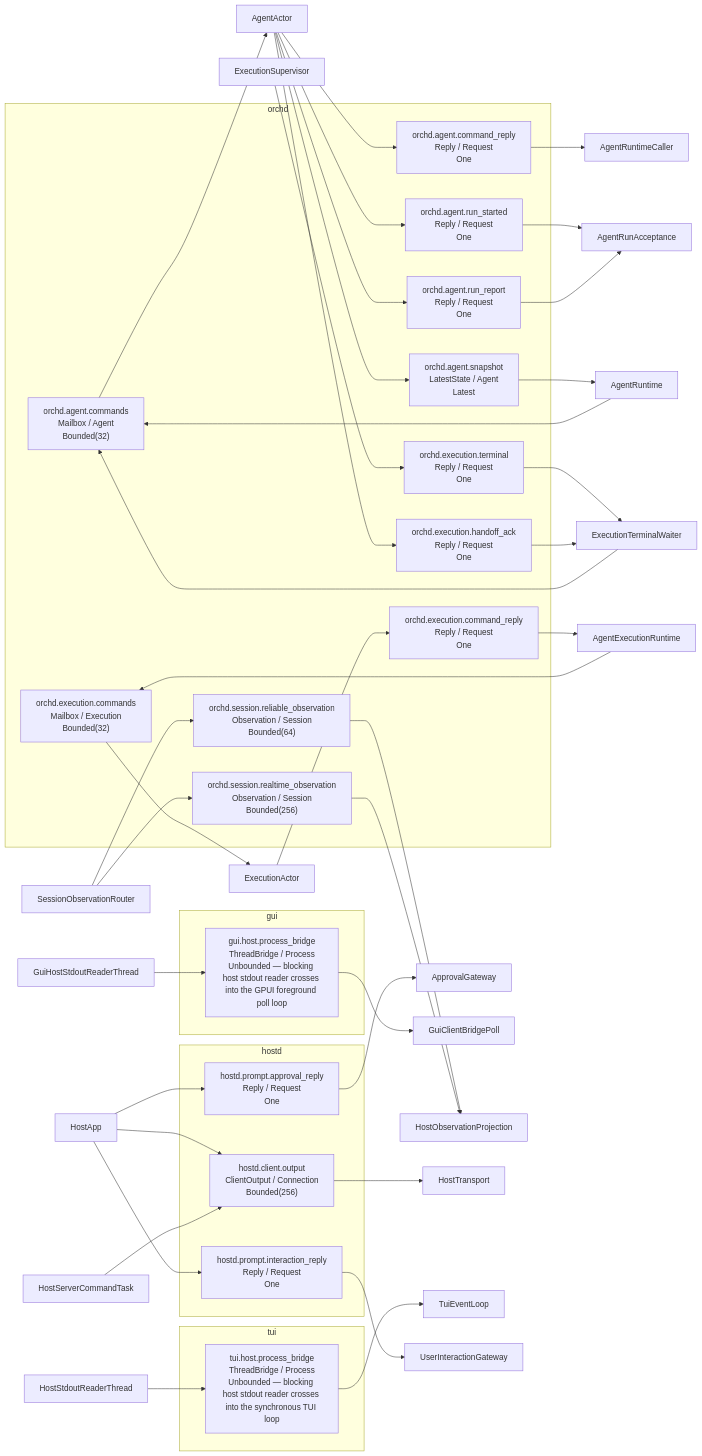
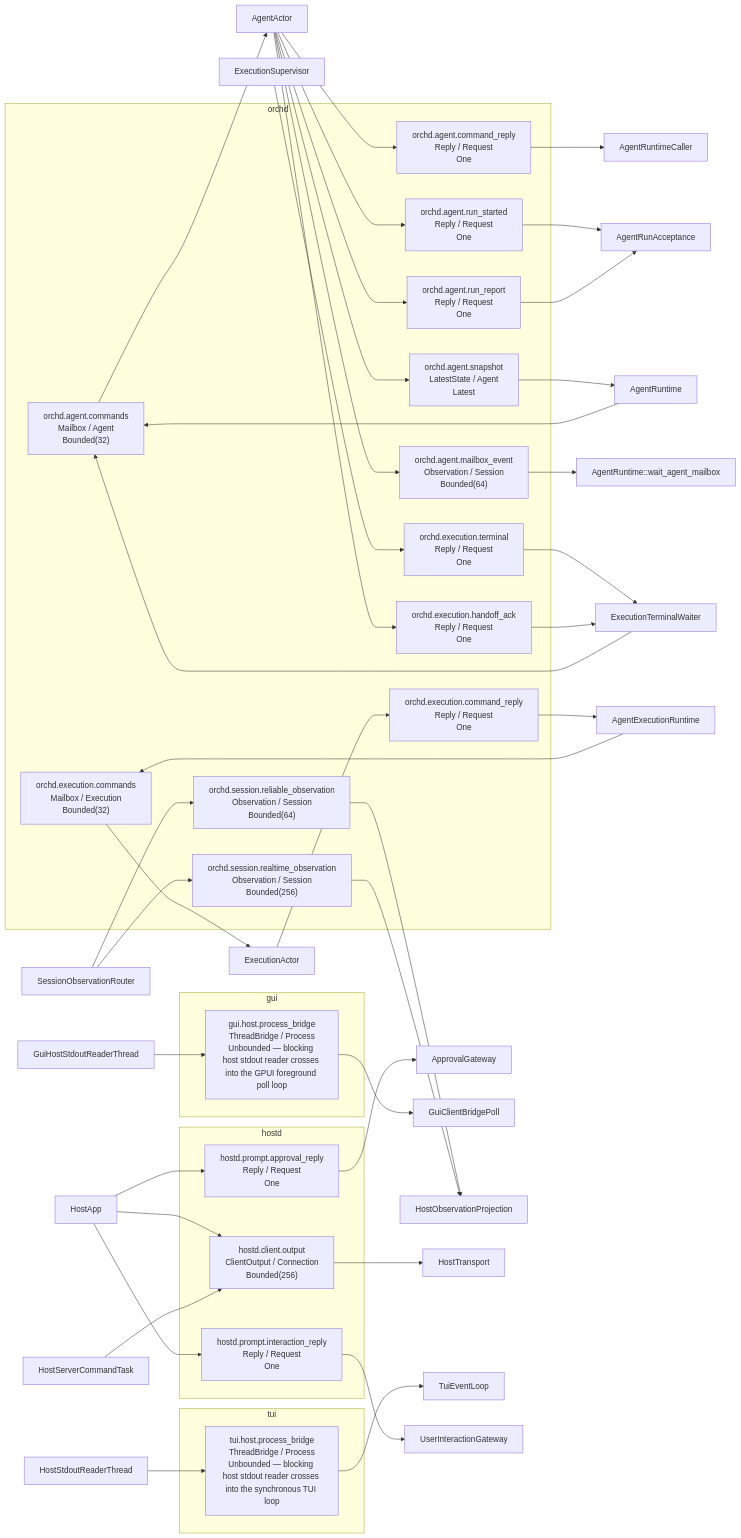
Before and after one commit to biuld/piko: the diagram in docs/generated/communication-topology.md, drawn with Mermaid. The commit also changed 16 other files, not shown here.

First line of the commit message:
feat(orchd): land F-10 multi-agent v2 collaboration tools

```diff
--- a/docs/generated/communication-topology.md
+++ b/docs/generated/communication-topology.md
@@ -18,6 +18,7 @@
         norchd_agent_run_started["orchd.agent.run_started<br/>Reply / Request<br/>One"]
         norchd_agent_run_report["orchd.agent.run_report<br/>Reply / Request<br/>One"]
         norchd_agent_snapshot["orchd.agent.snapshot<br/>LatestState / Agent<br/>Latest"]
+        norchd_agent_mailbox_event["orchd.agent.mailbox_event<br/>Observation / Session<br/>Bounded(64)"]
         norchd_execution_commands["orchd.execution.commands<br/>Mailbox / Execution<br/>Bounded(32)"]
         norchd_execution_command_reply["orchd.execution.command_reply<br/>Reply / Request<br/>One"]
         norchd_execution_terminal["orchd.execution.terminal<br/>Reply / Request<br/>One"]
@@ -32,6 +33,7 @@
     ncomponent_AgentExecutionRuntime["AgentExecutionRuntime"]
     ncomponent_AgentRunAcceptance["AgentRunAcceptance"]
     ncomponent_AgentRuntime["AgentRuntime"]
+    ncomponent_AgentRuntime__wait_agent_mailbox["AgentRuntime::wait_agent_mailbox"]
     ncomponent_AgentRuntimeCaller["AgentRuntimeCaller"]
     ncomponent_ApprovalGateway["ApprovalGateway"]
     ncomponent_ExecutionActor["ExecutionActor"]
@@ -58,6 +60,8 @@
     norchd_agent_run_report --> ncomponent_AgentRunAcceptance
     ncomponent_AgentActor --> norchd_agent_snapshot
     norchd_agent_snapshot --> ncomponent_AgentRuntime
+    ncomponent_AgentActor --> norchd_agent_mailbox_event
+    norchd_agent_mailbox_event --> ncomponent_AgentRuntime__wait_agent_mailbox
     ncomponent_AgentExecutionRuntime --> norchd_execution_commands
     norchd_execution_commands --> ncomponent_ExecutionActor
     ncomponent_ExecutionActor --> norchd_execution_command_reply
```
